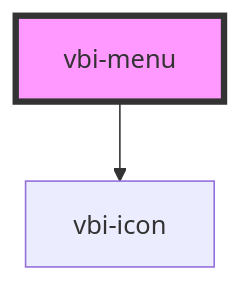
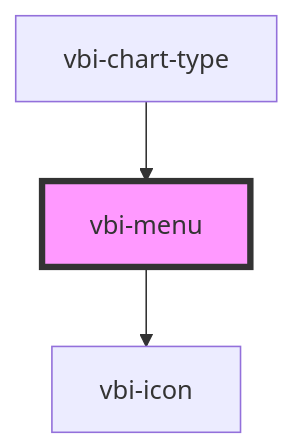
The diagram in packages/vbi-component/src/components/ui/vbi-menu/readme.md (Ditto190/VBI-modme), drawn with Mermaid before and after one commit. The commit also changed other lines of this file and 16 other files, not shown here.

Commit message:
feat(vbi-component): add localization keys for chart types and descriptions

````diff
--- a/packages/vbi-component/src/components/ui/vbi-menu/readme.md
+++ b/packages/vbi-component/src/components/ui/vbi-menu/readme.md
@@ -31,5 +35,6 @@
 ```mermaid
 graph TD;
   vbi-menu --> vbi-icon
+  vbi-chart-type --> vbi-menu
   style vbi-menu fill:#f9f,stroke:#333,stroke-width:4px
 ```
````
